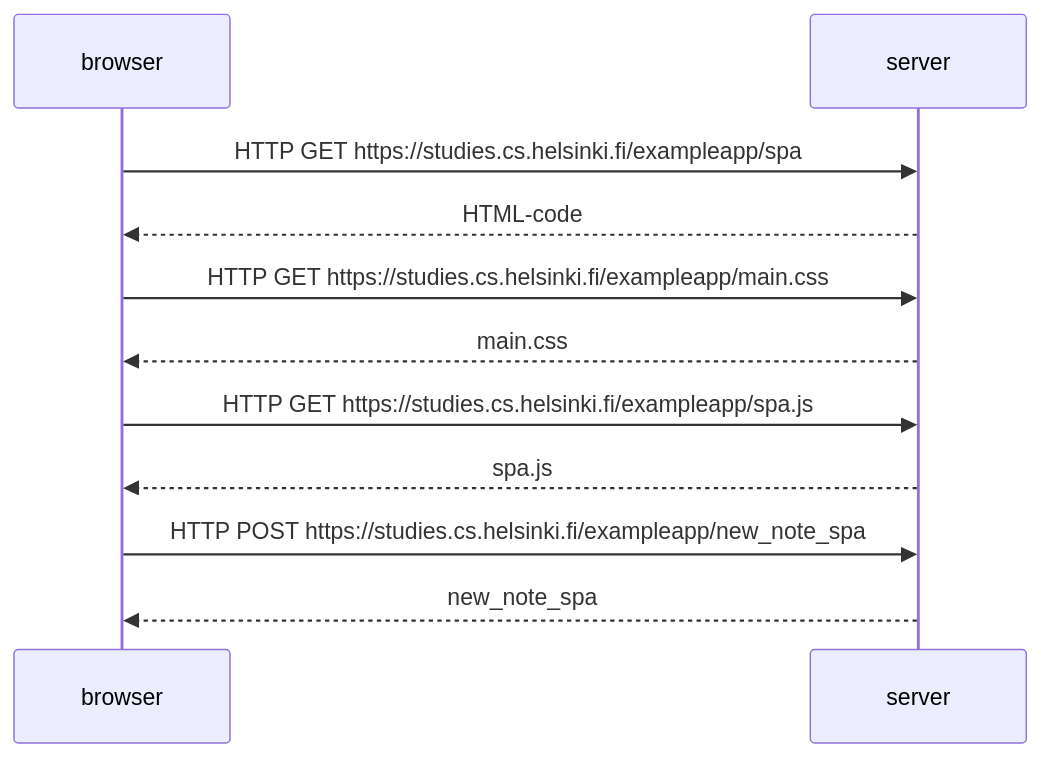
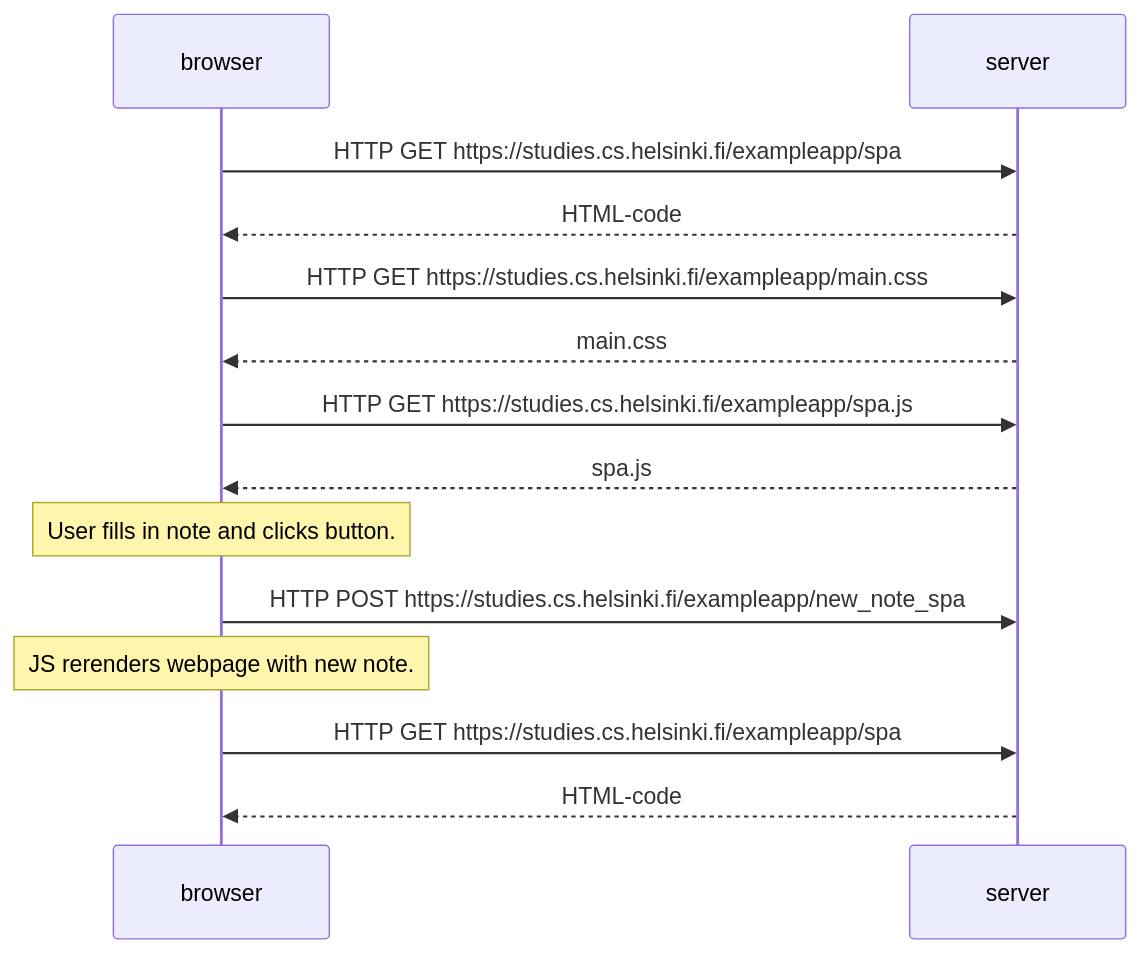
The diagram in part0/0.5: Single page app diagram.md (simon-archer/fullstack), drawn with Mermaid before and after one commit.

Commit message:
Update 0.5: Single page app diagram.md

````diff
--- a/part0/0.5: Single page app diagram.md
+++ b/part0/0.5: Single page app diagram.md
@@ -5,13 +5,16 @@
 ```mermaid
 sequenceDiagram
     participant browser
     participant server
     browser->>server: HTTP GET https://studies.cs.helsinki.fi/exampleapp/spa
     server-->>browser: HTML-code
     browser->>server: HTTP GET https://studies.cs.helsinki.fi/exampleapp/main.css
     server-->>browser: main.css
     browser->>server: HTTP GET https://studies.cs.helsinki.fi/exampleapp/spa.js
     server-->>browser: spa.js
+    Note over browser: User fills in note and clicks button.
     browser->>server: HTTP POST https://studies.cs.helsinki.fi/exampleapp/new_note_spa
-    server-->>browser: new_note_spa
+    Note over browser: JS rerenders webpage with new note.
+    browser->>server: HTTP GET https://studies.cs.helsinki.fi/exampleapp/spa
+    server-->>browser: HTML-code
 ```
````
